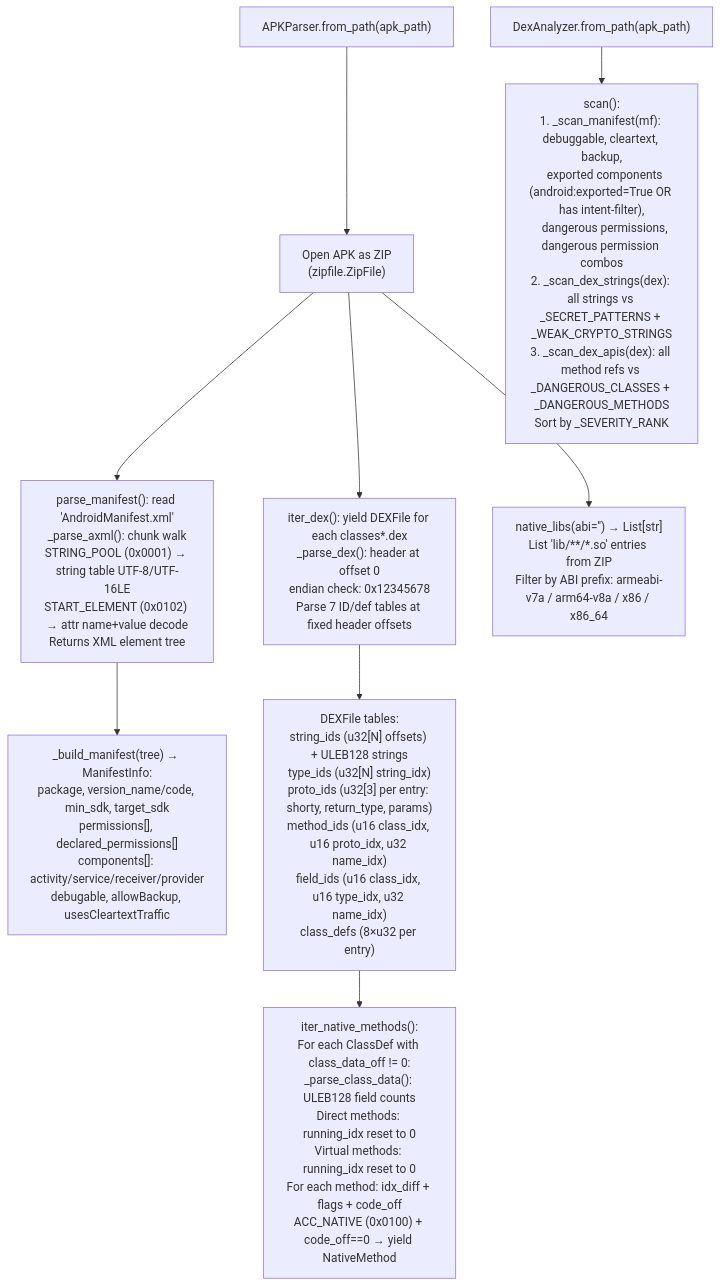
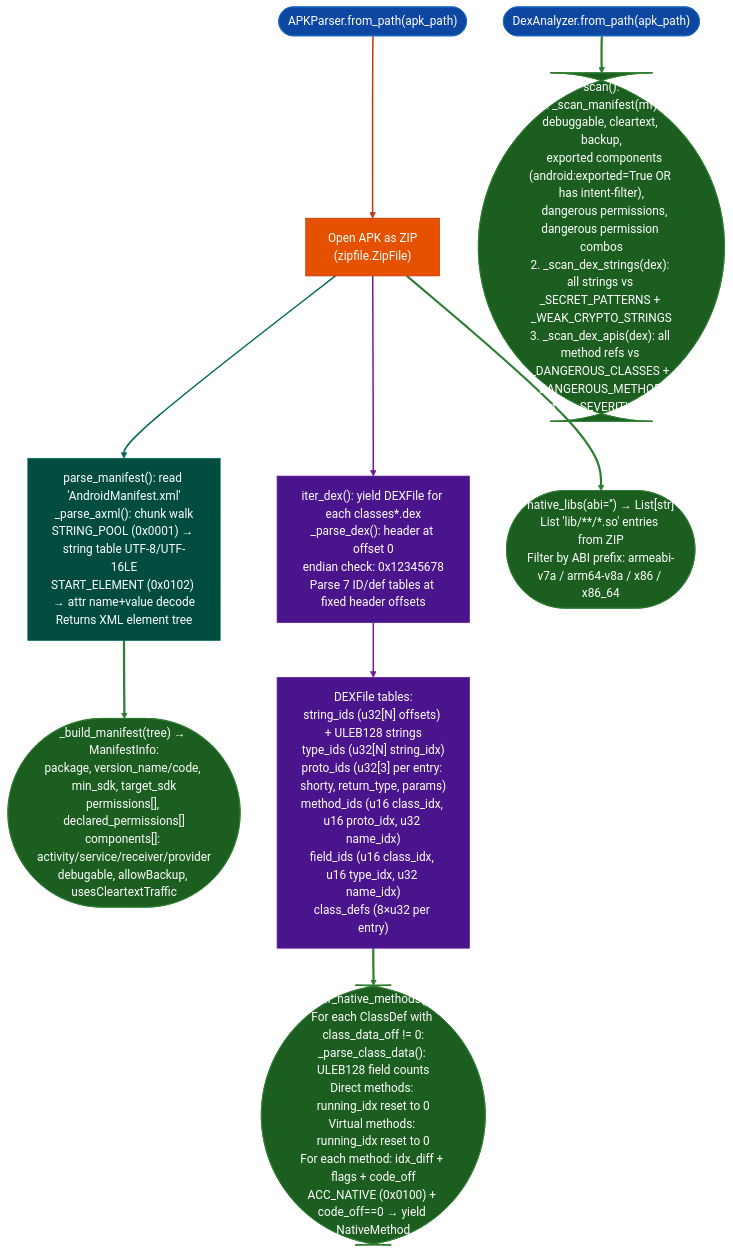
Before and after one commit to Ablation-Tool/ablation: the diagram in docs/reference-modules/android-apk-analysis.md, drawn with Mermaid. The commit also changed 320 other files, not shown here.

First line of the commit message:
docs: apply canonical Mermaid template to all 321 diagrams

````diff
--- a/docs/reference-modules/android-apk-analysis.md
+++ b/docs/reference-modules/android-apk-analysis.md
@@ -19,11 +19,25 @@
 ```mermaid
 flowchart TD
-    A["APKParser.from_path(apk_path)"] --> B["Open APK as ZIP\n(zipfile.ZipFile)"]
-    B --> C["parse_manifest(): read 'AndroidManifest.xml'\n_parse_axml(): chunk walk\nSTRING_POOL (0x0001) → string table UTF-8/UTF-16LE\nSTART_ELEMENT (0x0102) → attr name+value decode\nReturns XML element tree"]
-    C --> D["_build_manifest(tree) → ManifestInfo:\npackage, version_name/code, min_sdk, target_sdk\npermissions[], declared_permissions[]\ncomponents[]: activity/service/receiver/provider\ndebugable, allowBackup, usesCleartextTraffic"]
-    B --> E["iter_dex(): yield DEXFile for each classes*.dex\n_parse_dex(): header at offset 0\nendian check: 0x12345678\nParse 7 ID/def tables at fixed header offsets"]
-    E --> F["DEXFile tables:\nstring_ids (u32[N] offsets) + ULEB128 strings\ntype_ids (u32[N] string_idx)\nproto_ids (u32[3] per entry: shorty, return_type, params)\nmethod_ids (u16 class_idx, u16 proto_idx, u32 name_idx)\nfield_ids (u16 class_idx, u16 type_idx, u32 name_idx)\nclass_defs (8×u32 per entry)"]
-    F --> G["iter_native_methods():\nFor each ClassDef with class_data_off != 0:\n_parse_class_data(): ULEB128 field counts\nDirect methods: running_idx reset to 0\nVirtual methods: running_idx reset to 0\nFor each method: idx_diff + flags + code_off\nACC_NATIVE (0x0100) + code_off==0 → yield NativeMethod"]
-    B --> H["native_libs(abi='') → List[str]\nList 'lib/**/*.so' entries from ZIP\nFilter by ABI prefix: armeabi-v7a / arm64-v8a / x86 / x86_64"]
-    A2["DexAnalyzer.from_path(apk_path)"] --> I["scan():\n1. _scan_manifest(mf): debuggable, cleartext, backup,\n   exported components (android:exported=True OR has intent-filter),\n   dangerous permissions, dangerous permission combos\n2. _scan_dex_strings(dex): all strings vs _SECRET_PATTERNS + _WEAK_CRYPTO_STRINGS\n3. _scan_dex_apis(dex): all method refs vs _DANGEROUS_CLASSES + _DANGEROUS_METHODS\nSort by _SEVERITY_RANK"]
+    A(["APKParser.from_path(apk_path)"]):::input --> B["Open APK as ZIP\n(zipfile.ZipFile)"]:::primary
+    B:::primary --> C["parse_manifest(): read 'AndroidManifest.xml'\n_parse_axml(): chunk walk\nSTRING_POOL (0x0001) → string table UTF-8/UTF-16LE\nSTART_ELEMENT (0x0102) → attr name+value decode\nReturns XML element tree"]:::secondary
+    C:::secondary --> D(["_build_manifest(tree) → ManifestInfo:\npackage, version_name/code, min_sdk, target_sdk\npermissions[], declared_permissions[]\ncomponents[]: activity/service/receiver/provider\ndebugable, allowBackup, usesCleartextTraffic"]):::output
+    B:::primary --> E["iter_dex(): yield DEXFile for each classes*.dex\n_parse_dex(): header at offset 0\nendian check: 0x12345678\nParse 7 ID/def tables at fixed header offsets"]:::tertiary
+    E:::tertiary --> F["DEXFile tables:\nstring_ids (u32[N] offsets) + ULEB128 strings\ntype_ids (u32[N] string_idx)\nproto_ids (u32[3] per entry: shorty, return_type, params)\nmethod_ids (u16 class_idx, u16 proto_idx, u32 name_idx)\nfield_ids (u16 class_idx, u16 type_idx, u32 name_idx)\nclass_defs (8×u32 per entry)"]:::tertiary
+    F:::tertiary --> G(["iter_native_methods():\nFor each ClassDef with class_data_off != 0:\n_parse_class_data(): ULEB128 field counts\nDirect methods: running_idx reset to 0\nVirtual methods: running_idx reset to 0\nFor each method: idx_diff + flags + code_off\nACC_NATIVE (0x0100) + code_off==0 → yield NativeMethod"]):::output
+    B:::primary --> H(["native_libs(abi='') → List[str]\nList 'lib/**/*.so' entries from ZIP\nFilter by ABI prefix: armeabi-v7a / arm64-v8a / x86 / x86_64"]):::output
+    A2(["DexAnalyzer.from_path(apk_path)"]):::input --> I(["scan():\n1. _scan_manifest(mf): debuggable, cleartext, backup,\n   exported components (android:exported=True OR has intent-filter),\n   dangerous permissions, dangerous permission combos\n2. _scan_dex_strings(dex): all strings vs _SECRET_PATTERNS + _WEAK_CRYPTO_STRINGS\n3. _scan_dex_apis(dex): all method refs vs _DANGEROUS_CLASSES + _DANGEROUS_METHODS\nSort by _SEVERITY_RANK"]):::output
+    classDef input     fill:#0d47a1,stroke:#1565c0,color:#fff
+    classDef primary   fill:#e65100,stroke:#bf360c,color:#fff
+    classDef secondary fill:#004d40,stroke:#00695c,color:#fff
+    classDef tertiary  fill:#4a148c,stroke:#6a1b9a,color:#fff
+    classDef neutral   fill:#37474f,stroke:#546e7a,color:#fff
+    classDef output    fill:#1b5e20,stroke:#2e7d32,color:#fff
+    linkStyle 0 stroke:#bf360c,stroke-width:2px
+    linkStyle 1 stroke:#00695c,stroke-width:2px
+    linkStyle 2 stroke:#2e7d32,stroke-width:3px
+    linkStyle 3 stroke:#6a1b9a,stroke-width:2px
+    linkStyle 4 stroke:#6a1b9a,stroke-width:2px
+    linkStyle 5 stroke:#2e7d32,stroke-width:3px
+    linkStyle 6 stroke:#2e7d32,stroke-width:3px
+    linkStyle 7 stroke:#2e7d32,stroke-width:3px
 ```
````
